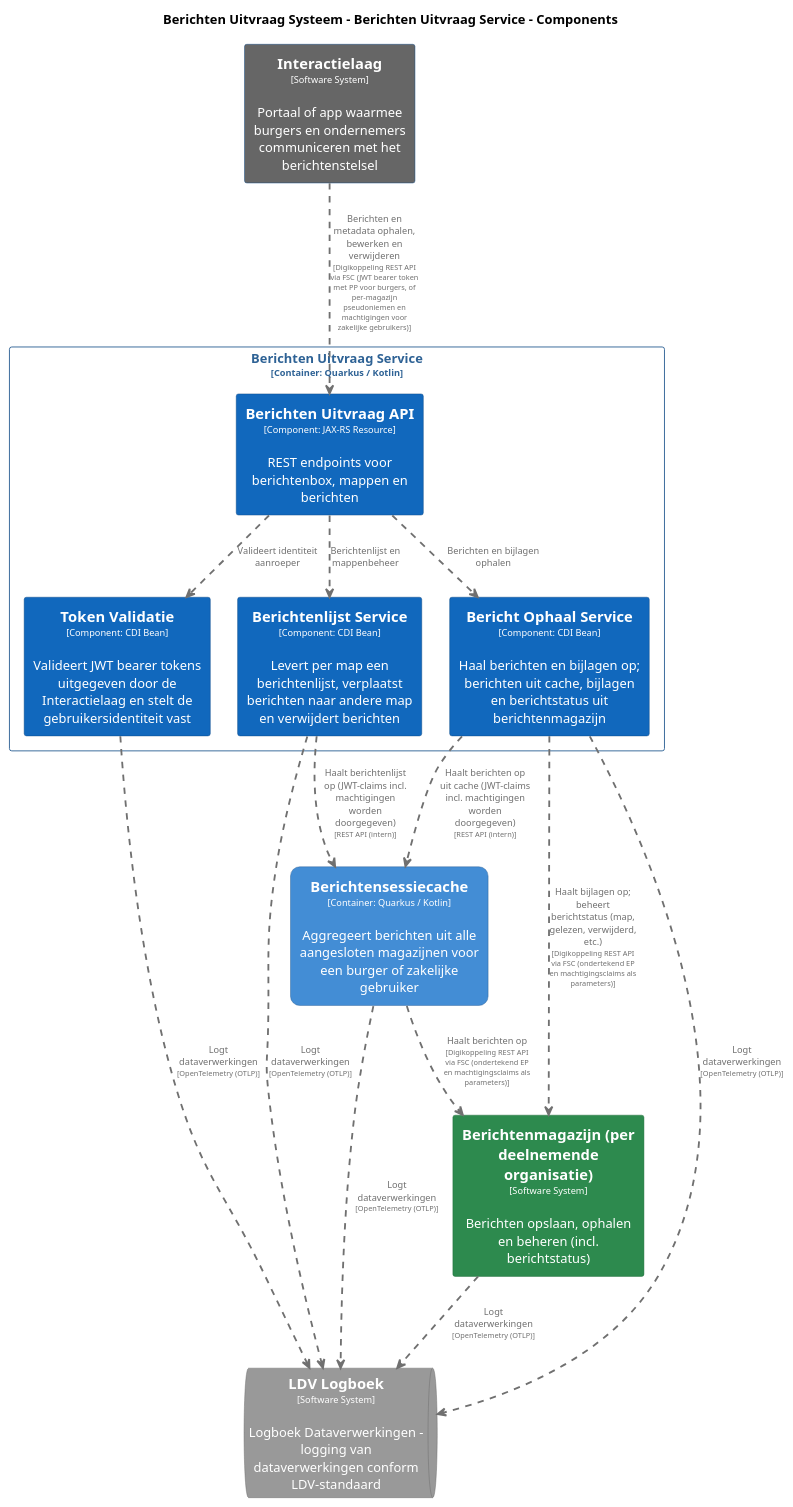
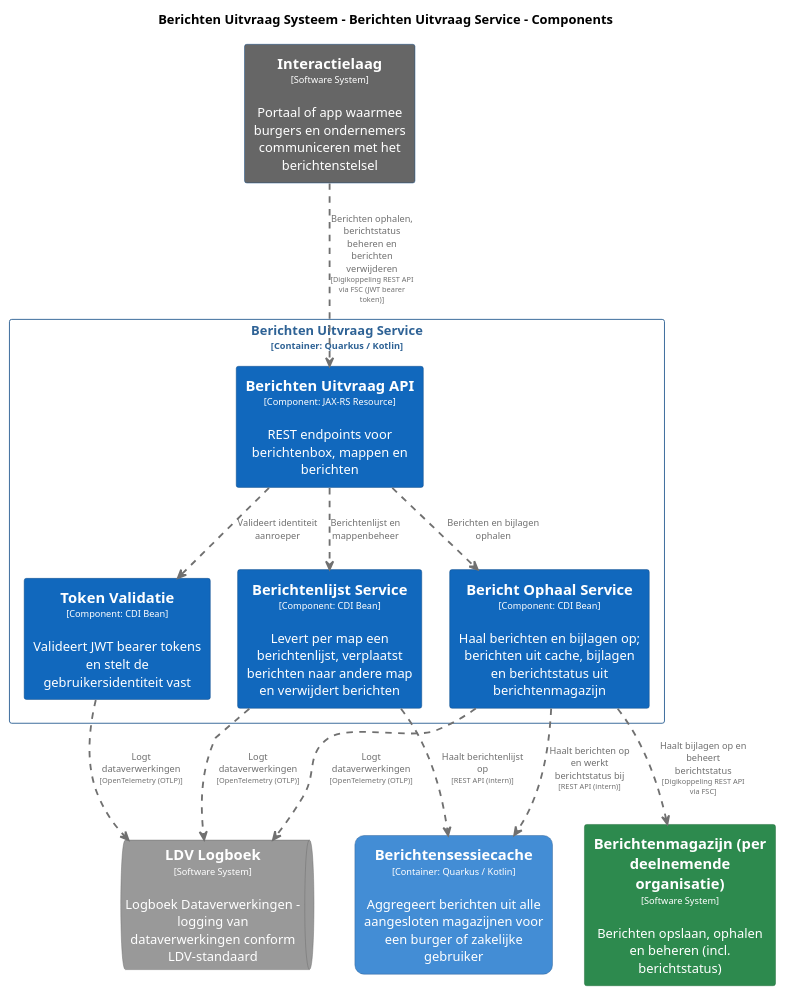
The diagram in pr-preview/pr-22/master/puml/BerichtenUitvraagServiceComponenten.puml (MinBZK/moza-poc-fbs-berichtenbox), drawn with PlantUML before and after one commit. The commit also changed 51 other files, not shown here.

```diff
--- a/pr-preview/pr-22/master/puml/BerichtenUitvraagServiceComponenten.puml
+++ b/pr-preview/pr-22/master/puml/BerichtenUitvraagServiceComponenten.puml
@@ -1,98 +1,95 @@
 @startuml
 set separator none
 title Berichten Uitvraag Systeem - Berichten Uitvraag Service - Components
 
 top to bottom direction
 skinparam ranksep 60
 skinparam nodesep 30
 
 skinparam {
   arrowFontSize 10
   defaultTextAlignment center
   wrapWidth 200
   maxMessageSize 100
 }
 
 hide stereotype
 
 skinparam rectangle<<BerichtenUitvraagSysteem.BerichtenUitvraagService.BerichtOphaalService>> {
   BackgroundColor #1168bd
   FontColor #ffffff
   BorderColor #0b4884
   shadowing false
 }
 skinparam rectangle<<BerichtenUitvraagSysteem.BerichtenUitvraagService.BerichtenUitvraagAPI>> {
   BackgroundColor #1168bd
   FontColor #ffffff
   BorderColor #0b4884
   shadowing false
 }
 skinparam rectangle<<BerichtenUitvraagSysteem.BerichtenUitvraagService.BerichtenlijstService>> {
   BackgroundColor #1168bd
   FontColor #ffffff
   BorderColor #0b4884
   shadowing false
 }
 skinparam rectangle<<Berichtenmagazijnperdeelnemendeorganisatie>> {
   BackgroundColor #2d8a4e
   FontColor #ffffff
   BorderColor #1e6b38
   shadowing false
 }
 skinparam rectangle<<BerichtenUitvraagSysteem.Berichtensessiecache>> {
   BackgroundColor #438dd5
   FontColor #ffffff
   BorderColor #2e6295
   roundCorner 20
   shadowing false
 }
 skinparam rectangle<<Interactielaag>> {
   BackgroundColor #666666
   FontColor #ffffff
   BorderColor #0b4884
   shadowing false
 }
 skinparam queue<<LDVLogboek>> {
   BackgroundColor #999999
   FontColor #ffffff
   BorderColor #6b6b6b
   shadowing false
 }
 skinparam rectangle<<BerichtenUitvraagSysteem.BerichtenUitvraagService.TokenValidatie>> {
   BackgroundColor #1168bd
   FontColor #ffffff
   BorderColor #0b4884
   shadowing false
 }
 skinparam rectangle<<BerichtenUitvraagSysteem.BerichtenUitvraagService>> {
   BorderColor #2e6295
   FontColor #2e6295
   shadowing false
 }
 
 rectangle "==Interactielaag\n<size:10>[Software System]</size>\n\nPortaal of app waarmee burgers en ondernemers communiceren met het berichtenstelsel" <<Interactielaag>> as Interactielaag
 rectangle "==Berichtenmagazijn (per deelnemende organisatie)\n<size:10>[Software System]</size>\n\nBerichten opslaan, ophalen en beheren (incl. berichtstatus)" <<Berichtenmagazijnperdeelnemendeorganisatie>> as Berichtenmagazijnperdeelnemendeorganisatie
 rectangle "==Berichtensessiecache\n<size:10>[Container: Quarkus / Kotlin]</size>\n\nAggregeert berichten uit alle aangesloten magazijnen voor een burger of zakelijke gebruiker" <<BerichtenUitvraagSysteem.Berichtensessiecache>> as BerichtenUitvraagSysteem.Berichtensessiecache
 queue "==LDV Logboek\n<size:10>[Software System]</size>\n\nLogboek Dataverwerkingen - logging van dataverwerkingen conform LDV-standaard" <<LDVLogboek>> as LDVLogboek
 
 rectangle "Berichten Uitvraag Service\n<size:10>[Container: Quarkus / Kotlin]</size>" <<BerichtenUitvraagSysteem.BerichtenUitvraagService>> {
   rectangle "==Berichten Uitvraag API\n<size:10>[Component: JAX-RS Resource]</size>\n\nREST endpoints voor berichtenbox, mappen en berichten" <<BerichtenUitvraagSysteem.BerichtenUitvraagService.BerichtenUitvraagAPI>> as BerichtenUitvraagSysteem.BerichtenUitvraagService.BerichtenUitvraagAPI
-  rectangle "==Token Validatie\n<size:10>[Component: CDI Bean]</size>\n\nValideert JWT bearer tokens uitgegeven door de Interactielaag en stelt de gebruikersidentiteit vast" <<BerichtenUitvraagSysteem.BerichtenUitvraagService.TokenValidatie>> as BerichtenUitvraagSysteem.BerichtenUitvraagService.TokenValidatie
+  rectangle "==Token Validatie\n<size:10>[Component: CDI Bean]</size>\n\nValideert JWT bearer tokens en stelt de gebruikersidentiteit vast" <<BerichtenUitvraagSysteem.BerichtenUitvraagService.TokenValidatie>> as BerichtenUitvraagSysteem.BerichtenUitvraagService.TokenValidatie
   rectangle "==Berichtenlijst Service\n<size:10>[Component: CDI Bean]</size>\n\nLevert per map een berichtenlijst, verplaatst berichten naar andere map en verwijdert berichten" <<BerichtenUitvraagSysteem.BerichtenUitvraagService.BerichtenlijstService>> as BerichtenUitvraagSysteem.BerichtenUitvraagService.BerichtenlijstService
   rectangle "==Bericht Ophaal Service\n<size:10>[Component: CDI Bean]</size>\n\nHaal berichten en bijlagen op; berichten uit cache, bijlagen en berichtstatus uit berichtenmagazijn" <<BerichtenUitvraagSysteem.BerichtenUitvraagService.BerichtOphaalService>> as BerichtenUitvraagSysteem.BerichtenUitvraagService.BerichtOphaalService
 }
 
-BerichtenUitvraagSysteem.Berichtensessiecache .[#707070,thickness=2].> Berichtenmagazijnperdeelnemendeorganisatie : "<color:#707070>Haalt berichten op\n<color:#707070><size:8>[Digikoppeling REST API via FSC (ondertekend EP en machtigingsclaims als parameters)]</size>"
-Berichtenmagazijnperdeelnemendeorganisatie .[#707070,thickness=2].> LDVLogboek : "<color:#707070>Logt dataverwerkingen\n<color:#707070><size:8>[OpenTelemetry (OTLP)]</size>"
-BerichtenUitvraagSysteem.Berichtensessiecache .[#707070,thickness=2].> LDVLogboek : "<color:#707070>Logt dataverwerkingen\n<color:#707070><size:8>[OpenTelemetry (OTLP)]</size>"
 BerichtenUitvraagSysteem.BerichtenUitvraagService.TokenValidatie .[#707070,thickness=2].> LDVLogboek : "<color:#707070>Logt dataverwerkingen\n<color:#707070><size:8>[OpenTelemetry (OTLP)]</size>"
 BerichtenUitvraagSysteem.BerichtenUitvraagService.BerichtenlijstService .[#707070,thickness=2].> LDVLogboek : "<color:#707070>Logt dataverwerkingen\n<color:#707070><size:8>[OpenTelemetry (OTLP)]</size>"
 BerichtenUitvraagSysteem.BerichtenUitvraagService.BerichtOphaalService .[#707070,thickness=2].> LDVLogboek : "<color:#707070>Logt dataverwerkingen\n<color:#707070><size:8>[OpenTelemetry (OTLP)]</size>"
 BerichtenUitvraagSysteem.BerichtenUitvraagService.BerichtenUitvraagAPI .[#707070,thickness=2].> BerichtenUitvraagSysteem.BerichtenUitvraagService.TokenValidatie : "<color:#707070>Valideert identiteit aanroeper"
 BerichtenUitvraagSysteem.BerichtenUitvraagService.BerichtenUitvraagAPI .[#707070,thickness=2].> BerichtenUitvraagSysteem.BerichtenUitvraagService.BerichtenlijstService : "<color:#707070>Berichtenlijst en mappenbeheer"
 BerichtenUitvraagSysteem.BerichtenUitvraagService.BerichtenUitvraagAPI .[#707070,thickness=2].> BerichtenUitvraagSysteem.BerichtenUitvraagService.BerichtOphaalService : "<color:#707070>Berichten en bijlagen ophalen"
-BerichtenUitvraagSysteem.BerichtenUitvraagService.BerichtOphaalService .[#707070,thickness=2].> BerichtenUitvraagSysteem.Berichtensessiecache : "<color:#707070>Haalt berichten op uit cache (JWT-claims incl. machtigingen worden doorgegeven)\n<color:#707070><size:8>[REST API (intern)]</size>"
-BerichtenUitvraagSysteem.BerichtenUitvraagService.BerichtenlijstService .[#707070,thickness=2].> BerichtenUitvraagSysteem.Berichtensessiecache : "<color:#707070>Haalt berichtenlijst op (JWT-claims incl. machtigingen worden doorgegeven)\n<color:#707070><size:8>[REST API (intern)]</size>"
-Interactielaag .[#707070,thickness=2].> BerichtenUitvraagSysteem.BerichtenUitvraagService.BerichtenUitvraagAPI : "<color:#707070>Berichten en metadata ophalen, bewerken en verwijderen\n<color:#707070><size:8>[Digikoppeling REST API via FSC (JWT bearer token met PP voor burgers, of per-magazijn pseudoniemen en machtigingen voor zakelijke gebruikers)]</size>"
-BerichtenUitvraagSysteem.BerichtenUitvraagService.BerichtOphaalService .[#707070,thickness=2].> Berichtenmagazijnperdeelnemendeorganisatie : "<color:#707070>Haalt bijlagen op; beheert berichtstatus (map, gelezen, verwijderd, etc.)\n<color:#707070><size:8>[Digikoppeling REST API via FSC (ondertekend EP en machtigingsclaims als parameters)]</size>"
+BerichtenUitvraagSysteem.BerichtenUitvraagService.BerichtOphaalService .[#707070,thickness=2].> BerichtenUitvraagSysteem.Berichtensessiecache : "<color:#707070>Haalt berichten op en werkt berichtstatus bij\n<color:#707070><size:8>[REST API (intern)]</size>"
+BerichtenUitvraagSysteem.BerichtenUitvraagService.BerichtenlijstService .[#707070,thickness=2].> BerichtenUitvraagSysteem.Berichtensessiecache : "<color:#707070>Haalt berichtenlijst op\n<color:#707070><size:8>[REST API (intern)]</size>"
+Interactielaag .[#707070,thickness=2].> BerichtenUitvraagSysteem.BerichtenUitvraagService.BerichtenUitvraagAPI : "<color:#707070>Berichten ophalen, berichtstatus beheren en berichten verwijderen\n<color:#707070><size:8>[Digikoppeling REST API via FSC (JWT bearer token)]</size>"
+BerichtenUitvraagSysteem.BerichtenUitvraagService.BerichtOphaalService .[#707070,thickness=2].> Berichtenmagazijnperdeelnemendeorganisatie : "<color:#707070>Haalt bijlagen op en beheert berichtstatus\n<color:#707070><size:8>[Digikoppeling REST API via FSC]</size>"
 @enduml
```
